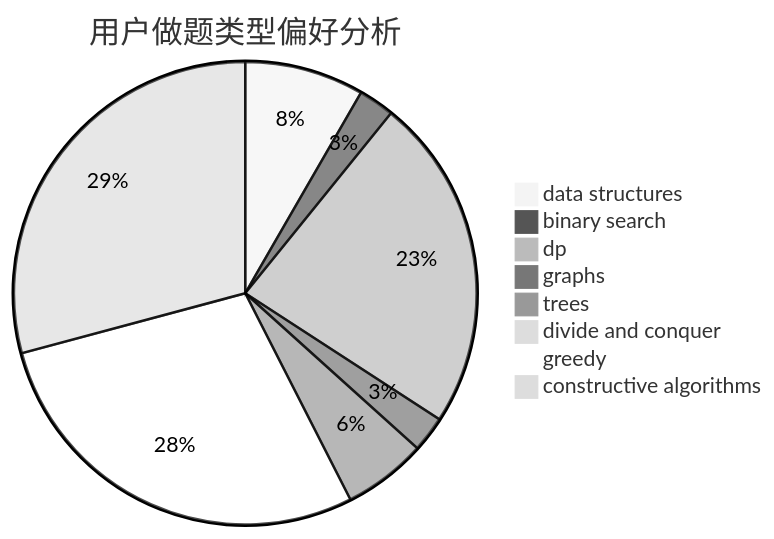
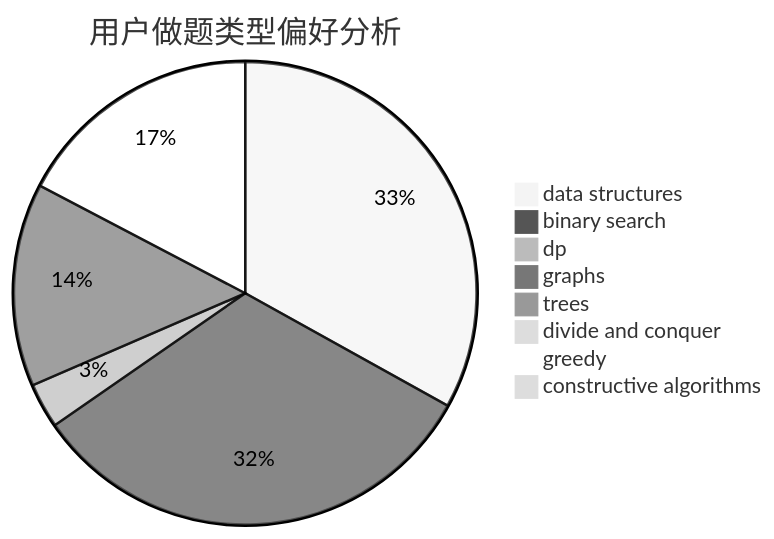
The second of 3 diagrams in docs/user/u1688.md (sherpahu/cfrs.github.io), drawn with Mermaid (neutral theme) before and after one commit. The commit also changed other lines of this file and 2770 other files, not shown here.

````diff
--- a/docs/user/u1688.md
+++ b/docs/user/u1688.md
@@ -23,11 +23,11 @@
 ```mermaid
 pie title 用户做题类型偏好分析
-    "data structures" :  10
-    "binary search" :  3
-    "dp" :  28
-    "graphs" :  3
-    "trees" :  7
+    "data structures" :  42
+    "binary search" :  41
+    "dp" :  4
+    "graphs" :  18
+    "trees" :  0
     "divide and conquer" :  0
-    "greedy" :  34
-    "constructive algorithms" :  35
+    "greedy" :  22
+    "constructive algorithms" :  0
 ```
````
